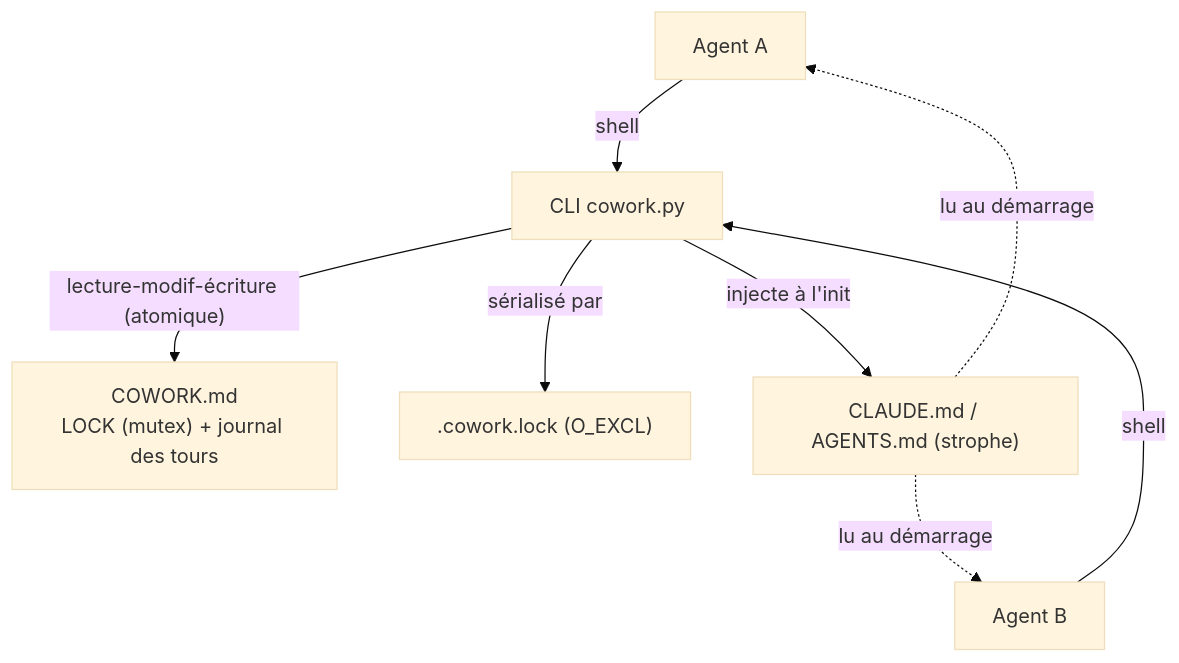
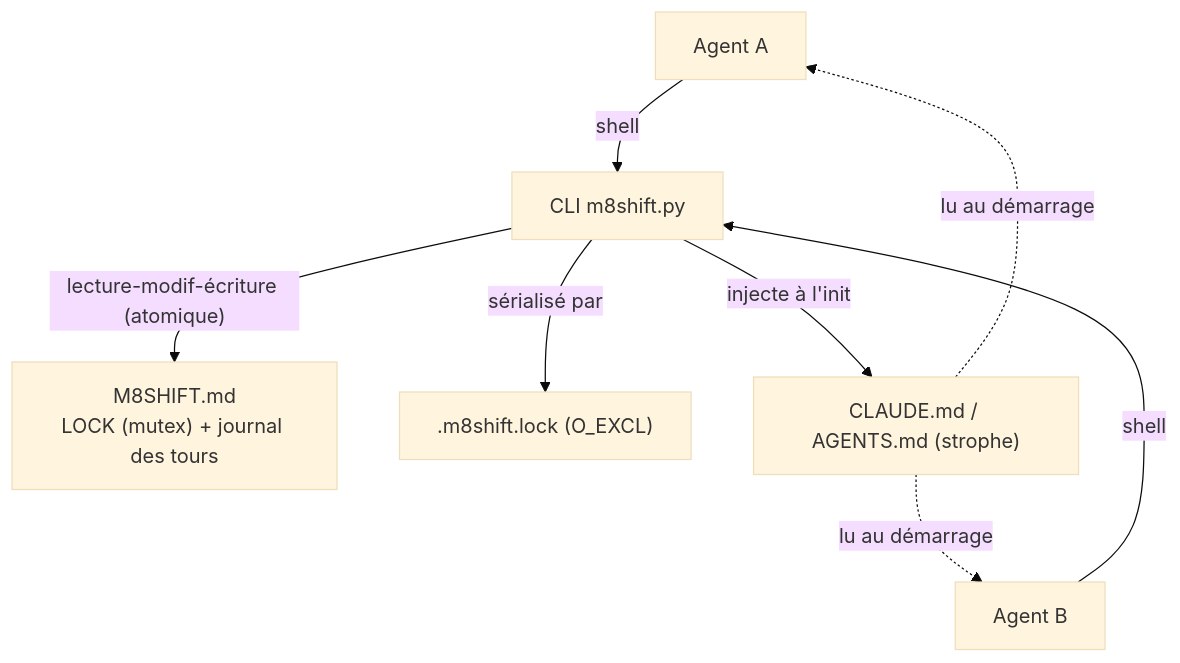
Before and after one commit to M8Shift/M8Shift: the first of 3 diagrams in docs/fr/architecture.md, drawn with Mermaid (base theme). The commit also changed other lines of this file and 13 other files, not shown here.

````diff
--- a/docs/fr/architecture.md
+++ b/docs/fr/architecture.md
@@ -68,10 +68,10 @@
 ```mermaid
 flowchart TB
-    A["Agent A"] -- shell --> CLI["CLI cowork.py"]
+    A["Agent A"] -- shell --> CLI["CLI m8shift.py"]
     B["Agent B"] -- shell --> CLI
-    CLI -- "lecture-modif-écriture (atomique)" --> LK["COWORK.md<br/>LOCK (mutex) + journal des tours"]
-    CLI -- "sérialisé par" --> LF[".cowork.lock (O_EXCL)"]
+    CLI -- "lecture-modif-écriture (atomique)" --> LK["M8SHIFT.md<br/>LOCK (mutex) + journal des tours"]
+    CLI -- "sérialisé par" --> LF[".m8shift.lock (O_EXCL)"]
     CLI -- "injecte à l'init" --> AN["CLAUDE.md / AGENTS.md (strophe)"]
     AN -. "lu au démarrage" .-> A
     AN -. "lu au démarrage" .-> B
 ```
````
